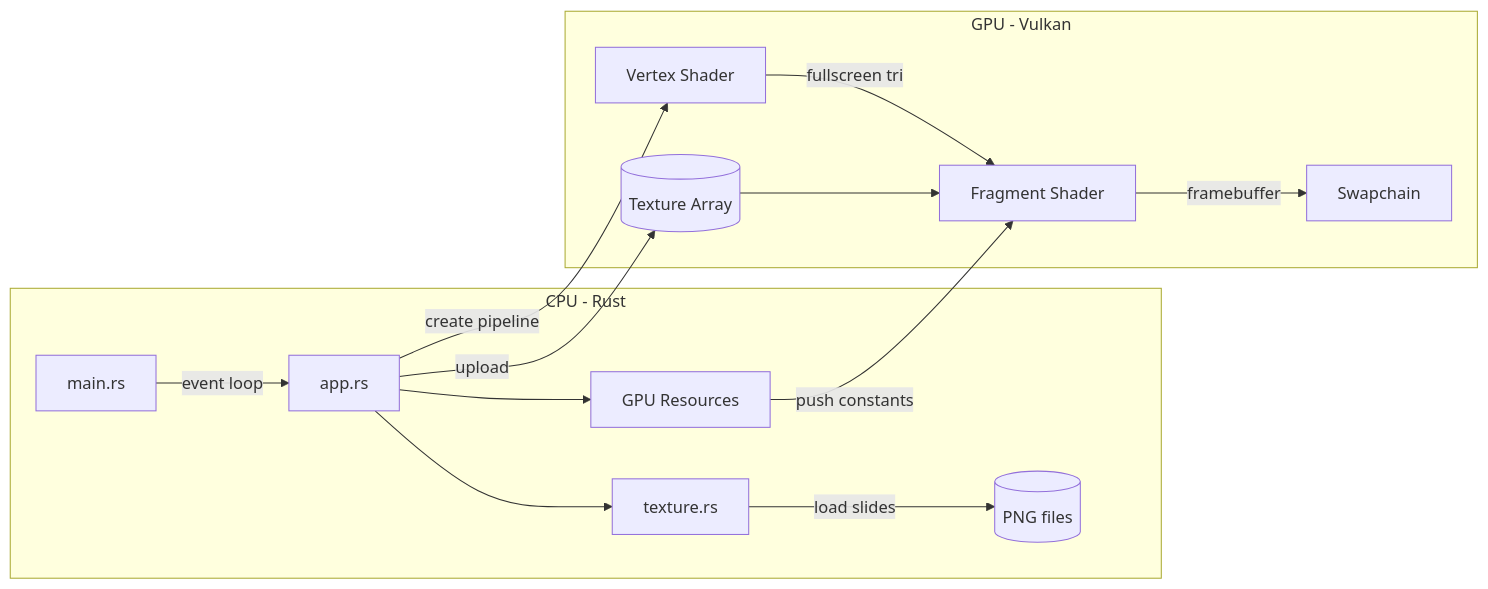
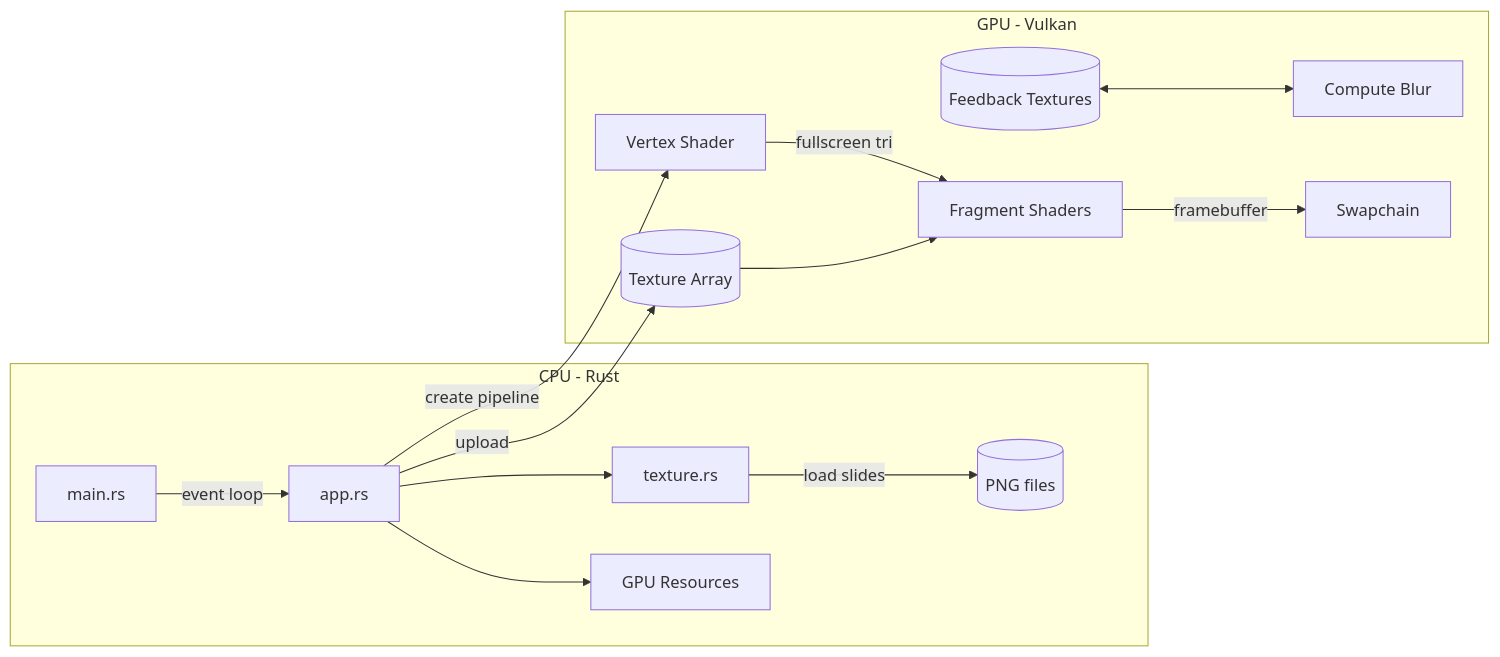
Before and after one commit to jeroenbakker-atmind/rs-vulkan: the first of 2 diagrams in README.md, drawn with Mermaid. The commit also changed other lines of this file and 4 other files, not shown here.

````diff
--- a/README.md
+++ b/README.md
@@ -58,19 +55,19 @@
 ```mermaid
 flowchart LR
     subgraph CPU [CPU - Rust]
         A[main.rs] -->|event loop| B[app.rs]
         B --> C[texture.rs]
         C -->|load slides| D[(PNG files)]
         B --> E[GPU Resources]
     end
 
     subgraph GPU [GPU - Vulkan]
-        F[Vertex Shader] -->|fullscreen tri| G[Fragment Shader]
+        F[Vertex Shader] -->|fullscreen tri| G[Fragment Shaders]
         H[(Texture Array)] --> G
-        E -->|push constants| G
-        G -->|framebuffer| I[Swapchain]
+        I[(Feedback Textures)] <--> J[Compute Blur]
+        G -->|framebuffer| K[Swapchain]
     end
 
     B -->|create pipeline| F
     B -->|upload| H
 ```
````
